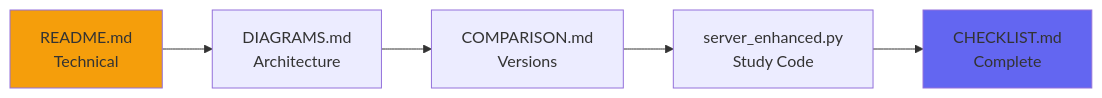
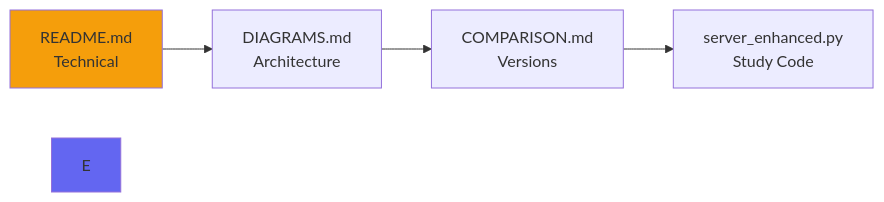
The second of 3 diagrams in services/mcp-server/docs/INDEX.md (SkastVnT/AI-Assistant), drawn with Mermaid before and after one commit. The commit also changed other lines of this file and 29 other files, not shown here.

````diff
--- a/services/mcp-server/docs/INDEX.md
+++ b/services/mcp-server/docs/INDEX.md
@@ -105,10 +101,9 @@
 ```mermaid
 graph LR
     A[README.md<br/>Technical] --> B[DIAGRAMS.md<br/>Architecture]
     B --> C[COMPARISON.md<br/>Versions]
     C --> D[server_enhanced.py<br/>Study Code]
-    D --> E[CHECKLIST.md<br/>Complete]
     
     style A fill:#F59E0B
     style E fill:#6366F1
 ```
````
